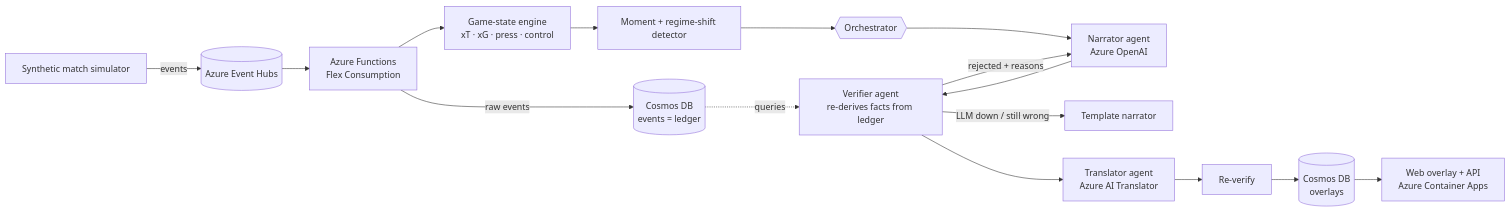
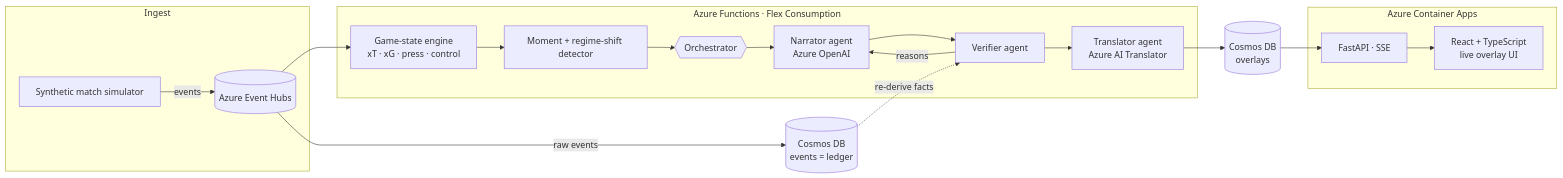
One commit to gregory-bot/momentum_ledger changed the diagram in README.md. Above: the diagram before and after it, drawn with Mermaid. The commit also changed other lines of this file and 13 other files, not shown here.

````diff
--- a/README.md
+++ b/README.md
@@ -56,18 +100,22 @@
 ```mermaid
 flowchart LR
-  SIM[Synthetic match simulator] -->|events| EH[(Azure Event Hubs)]
-  EH --> FN[Azure Functions<br/>Flex Consumption]
-  FN -->|raw events| CL[(Cosmos DB<br/>events = ledger)]
-  FN --> ENG[Game-state engine<br/>xT · xG · press · control]
-  ENG --> DET[Moment + regime-shift detector]
-  DET --> ORCH{{Orchestrator}}
-  ORCH --> NAR[Narrator agent<br/>Azure OpenAI]
-  NAR --> VER[Verifier agent<br/>re-derives facts from ledger]
-  VER -- rejected + reasons --> NAR
-  VER -- LLM down / still wrong --> TPL[Template narrator]
-  VER --> TR[Translator agent<br/>Azure AI Translator]
-  TR --> VER2[Re-verify]
-  VER2 --> OV[(Cosmos DB<br/>overlays)]
-  OV --> WEB[Web overlay + API<br/>Azure Container Apps]
-  CL -.queries.-> VER
+  subgraph Ingest
+    SIM[Synthetic match simulator] -->|events| EH[(Azure Event Hubs)]
+  end
+  subgraph Process["Azure Functions · Flex Consumption"]
+    EH --> ENG[Game-state engine<br/>xT · xG · press · control]
+    ENG --> DET[Moment + regime-shift detector]
+    DET --> ORCH{{Orchestrator}}
+    ORCH --> NAR[Narrator agent<br/>Azure OpenAI]
+    NAR --> VER[Verifier agent]
+    VER -- reasons --> NAR
+    VER --> TR[Translator agent<br/>Azure AI Translator]
+  end
+  EH -->|raw events| CL[(Cosmos DB<br/>events = ledger)]
+  CL -. re-derive facts .-> VER
+  TR --> OV[(Cosmos DB<br/>overlays)]
+  subgraph Serve["Azure Container Apps"]
+    API[FastAPI · SSE] --> UI[React + TypeScript<br/>live overlay UI]
+  end
+  OV --> API
 ```
````
